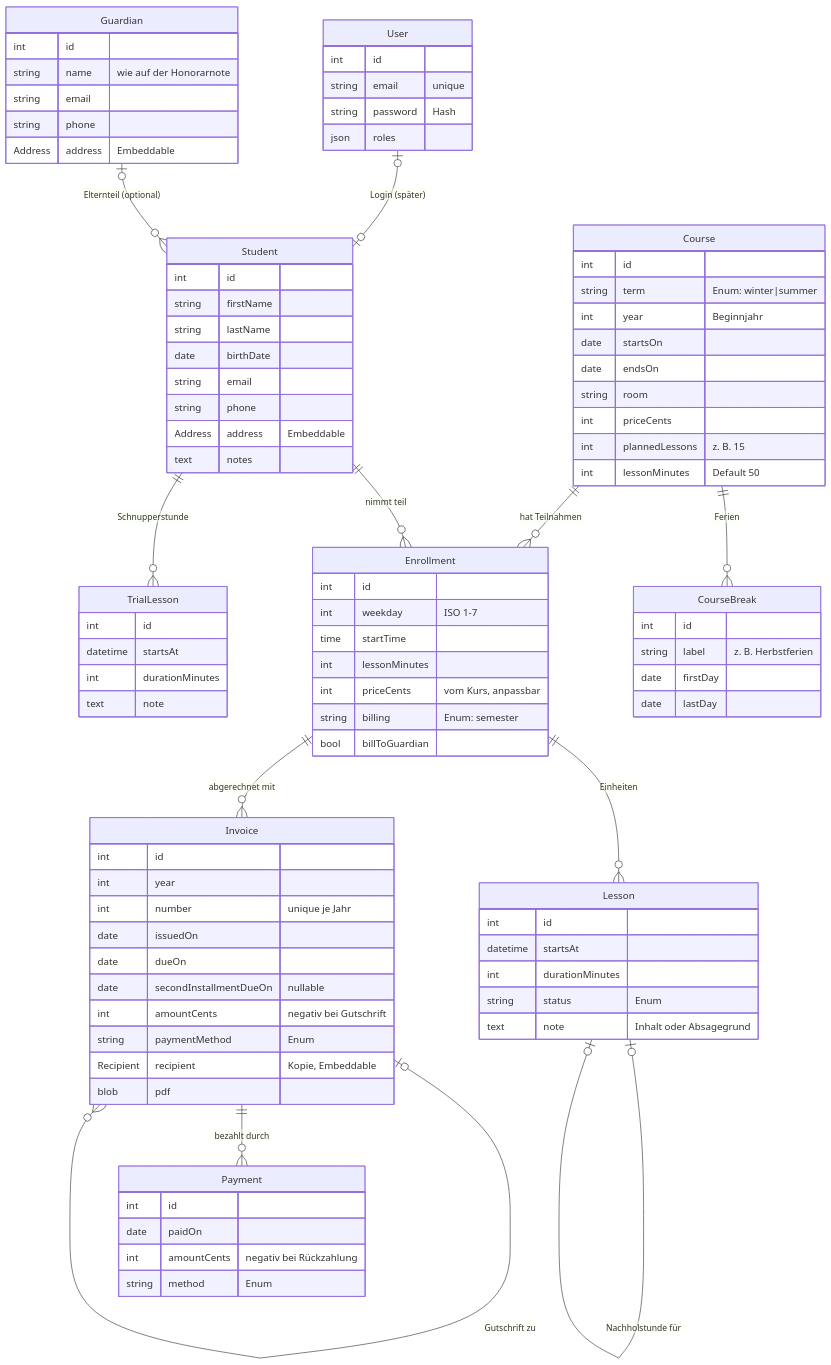
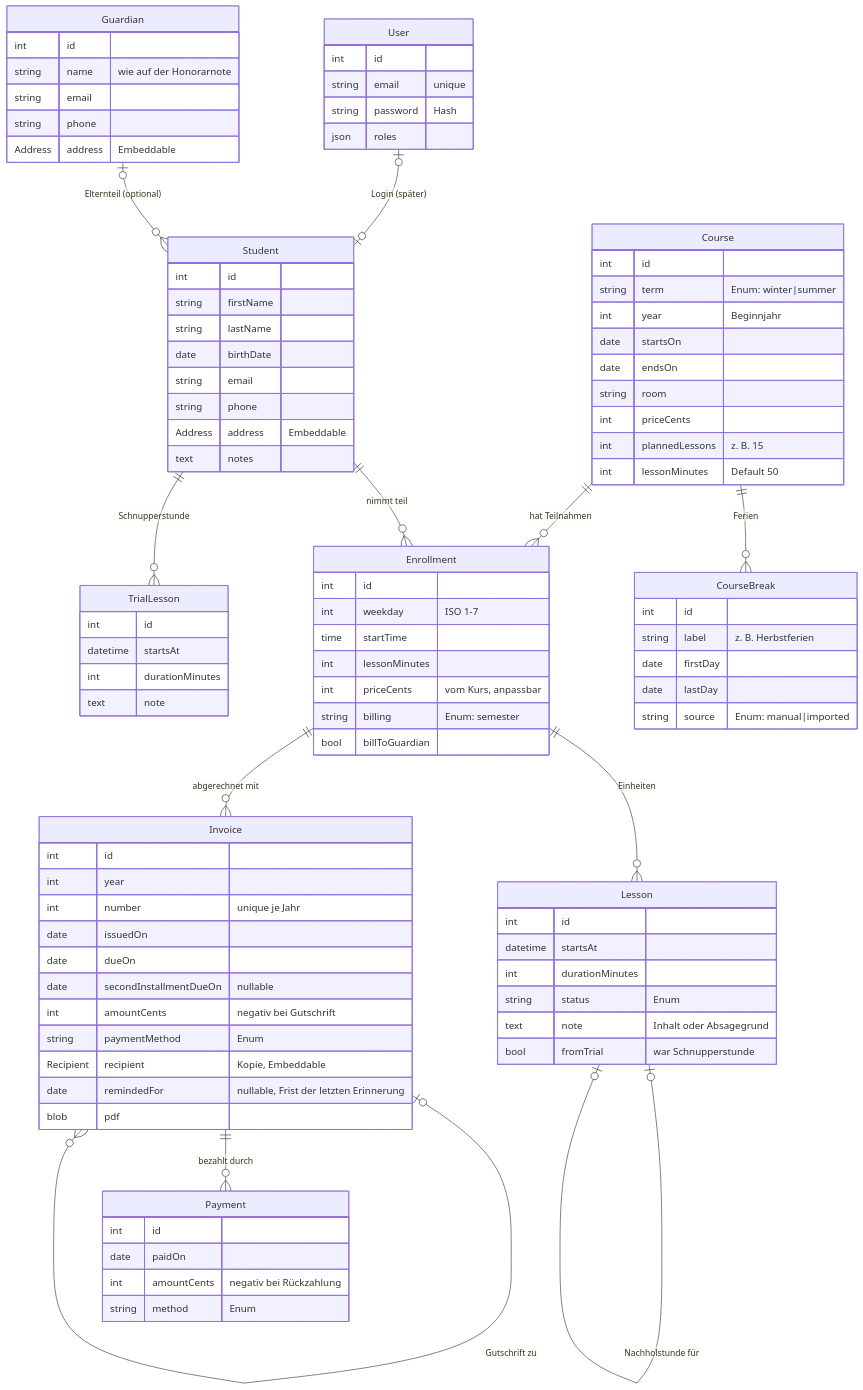
One commit to MikeCzak/sonjaczak changed the diagram in docs/planung/datenmodell.md. Above: the diagram before and after it, drawn with Mermaid. The commit also changed other lines of this file and 1 other file, not shown here.

```diff
--- a/docs/planung/datenmodell.md
+++ b/docs/planung/datenmodell.md
@@ -70,6 +70,7 @@
         string label "z. B. Herbstferien"
         date firstDay
         date lastDay
+        string source "Enum: manual|imported"
     }
     Enrollment {
         int id
@@ -86,6 +87,7 @@
         int durationMinutes
         string status "Enum"
         text note "Inhalt oder Absagegrund"
+        bool fromTrial "war Schnupperstunde"
     }
     TrialLesson {
         int id
@@ -103,6 +105,7 @@
         int amountCents "negativ bei Gutschrift"
         string paymentMethod "Enum"
         Recipient recipient "Kopie, Embeddable"
+        date remindedFor "nullable, Frist der letzten Erinnerung"
         blob pdf
     }
     Payment {
```
